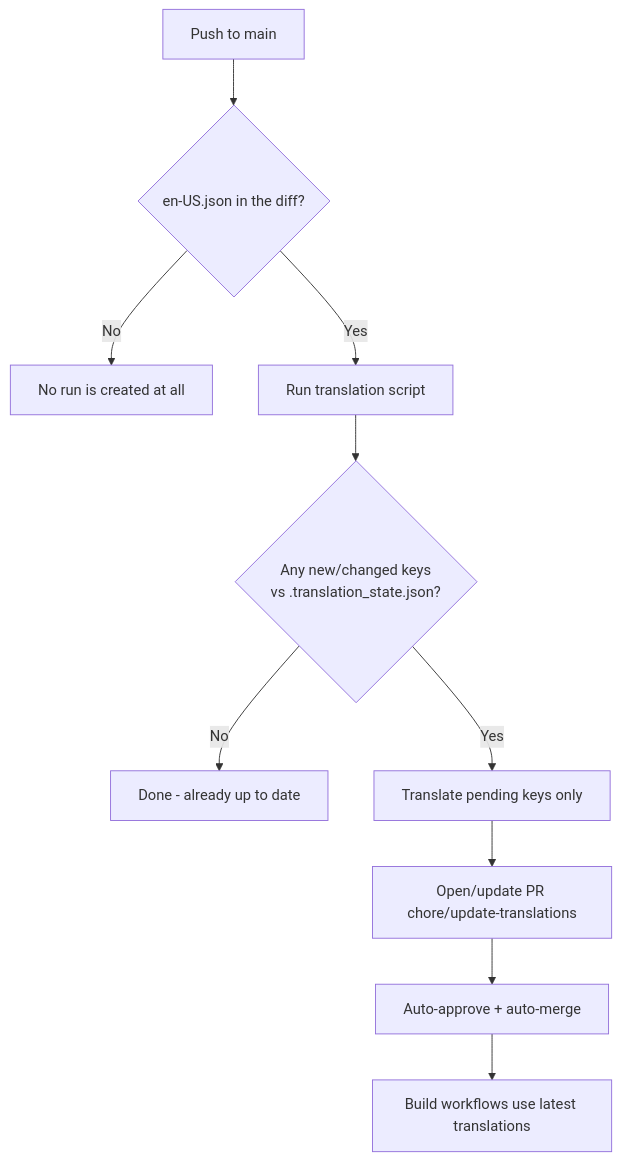
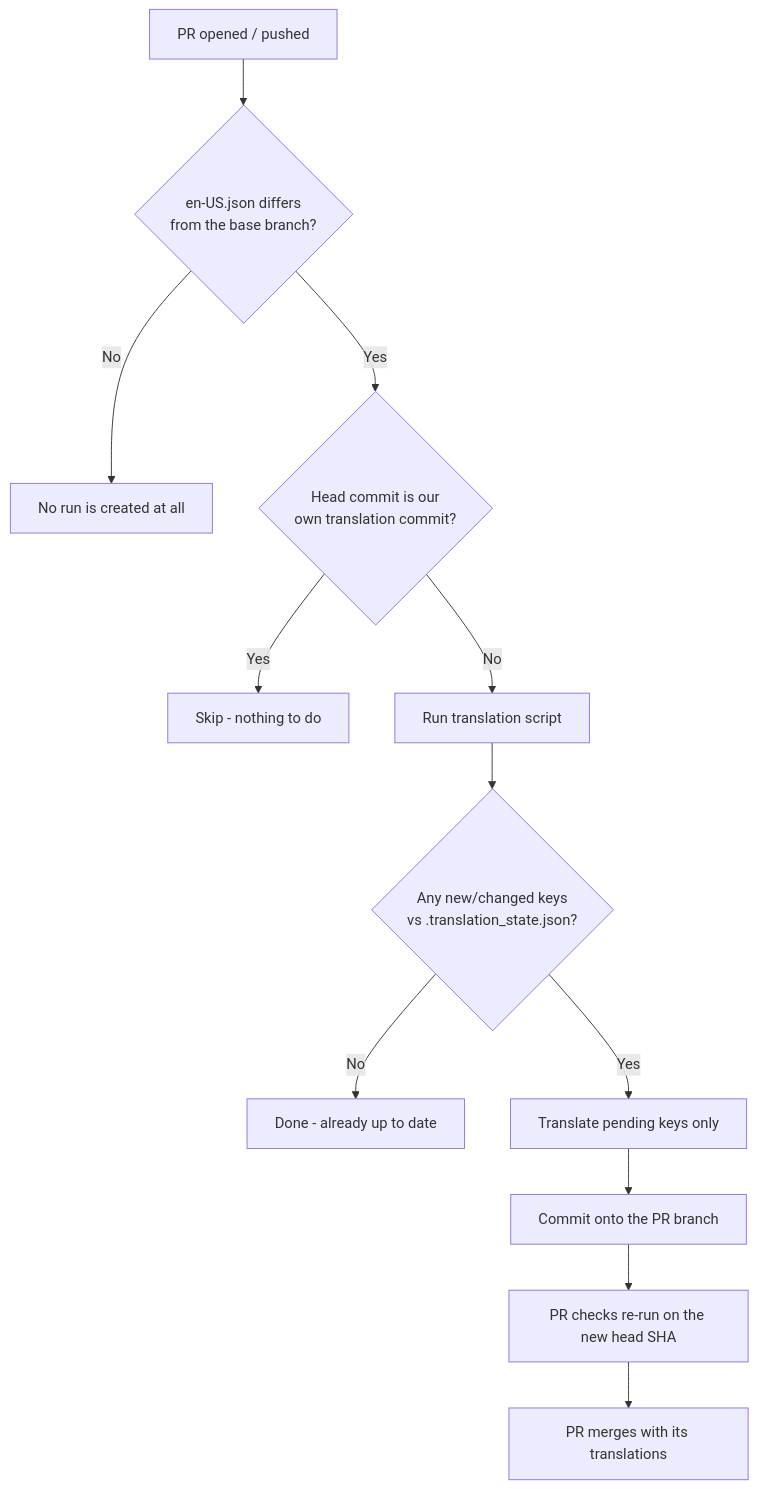
The diagram in scripts/translations/README.md (openobserve/openobserve), drawn with Mermaid before and after one commit. The commit also changed other lines of this file and 1 other file, not shown here.

````diff
--- a/scripts/translations/README.md
+++ b/scripts/translations/README.md
@@ -137,12 +152,14 @@
 ```mermaid
 graph TD
-    A[Push to main] --> C{en-US.json in the diff?}
+    A[PR opened / pushed] --> C{en-US.json differs<br/>from the base branch?}
     C -->|No| E[No run is created at all]
-    C -->|Yes| D[Run translation script]
+    C -->|Yes| B{Head commit is our<br/>own translation commit?}
+    B -->|Yes| G2[Skip - nothing to do]
+    B -->|No| D[Run translation script]
     D --> F{Any new/changed keys<br/>vs .translation_state.json?}
     F -->|No| G[Done - already up to date]
     F -->|Yes| H[Translate pending keys only]
-    H --> I[Open/update PR chore/update-translations]
-    I --> J[Auto-approve + auto-merge]
-    J --> K[Build workflows use latest translations]
+    H --> I[Commit onto the PR branch]
+    I --> J[PR checks re-run on the new head SHA]
+    J --> K[PR merges with its translations]
 ```
````
